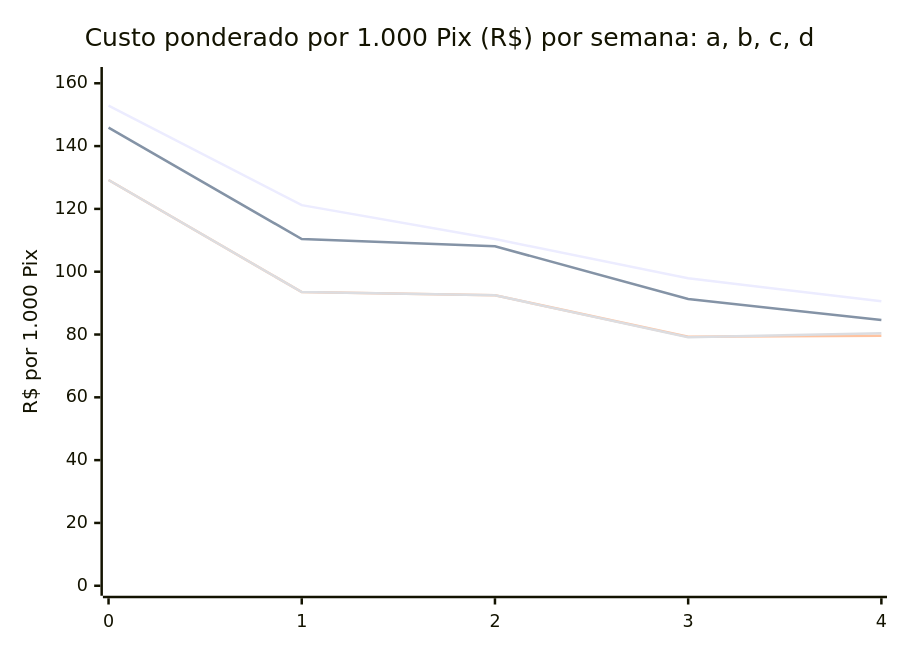
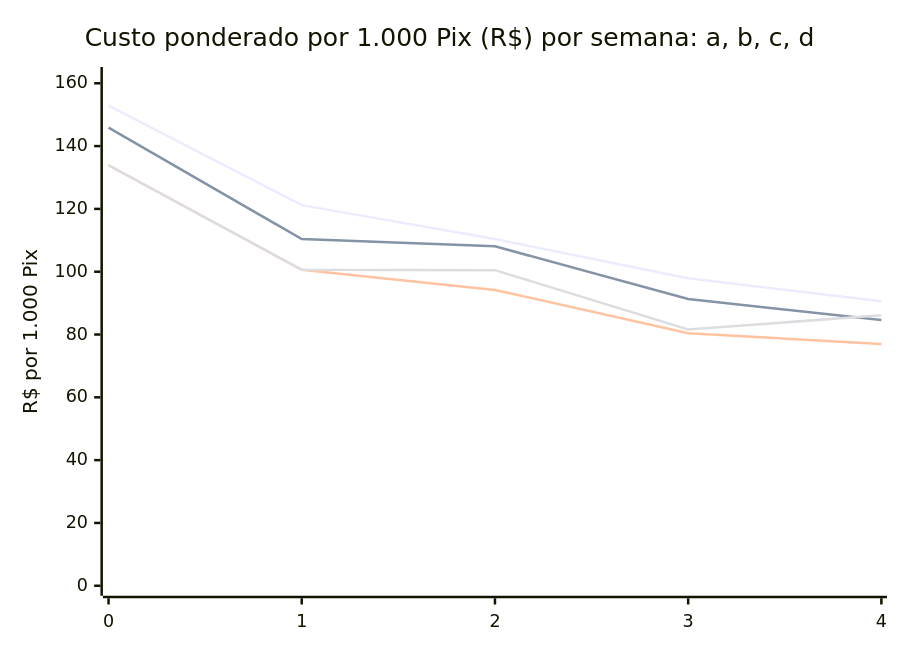
Before and after one commit to phprestes/Hackathon-Anti-Fraud-Pix: the first of 2 diagrams in docs/05-motor/validacao-pixsim.md, drawn with Mermaid. The commit also changed other lines of this file and 9 other files, not shown here.

````diff
--- a/docs/05-motor/validacao-pixsim.md
+++ b/docs/05-motor/validacao-pixsim.md
@@ -431,10 +431,10 @@
 ```mermaid
 xychart-beta
     title "Custo ponderado por 1.000 Pix (R$) por semana: a, b, c, d"
     x-axis [0, 1, 2, 3, 4]
     y-axis "R$ por 1.000 Pix" 0 --> 162
     line [152.9, 121.2, 110.4, 97.9, 90.6]
     line [145.9, 110.4, 108.1, 91.3, 84.6]
-    line [129.2, 93.5, 92.5, 79.3, 79.6]
-    line [129.2, 93.5, 92.5, 79.1, 80.4]
+    line [133.9, 100.6, 94.2, 80.4, 77.0]
+    line [133.9, 100.6, 100.5, 81.6, 86.1]
 ```
````
